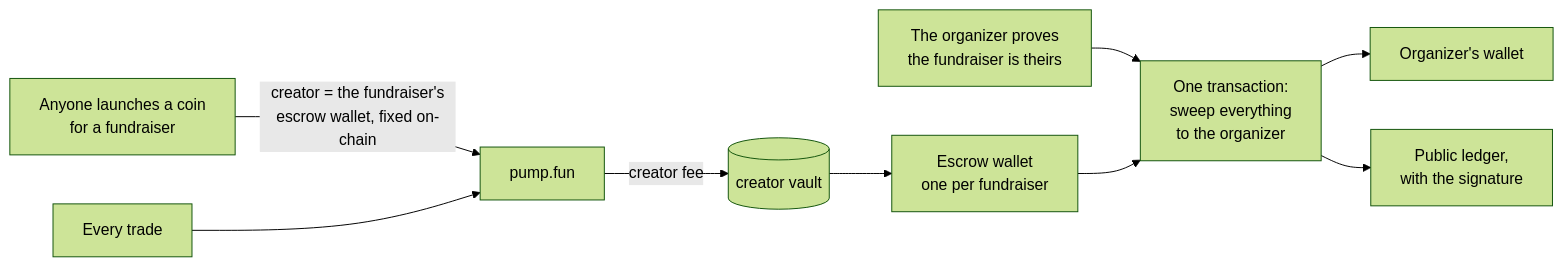
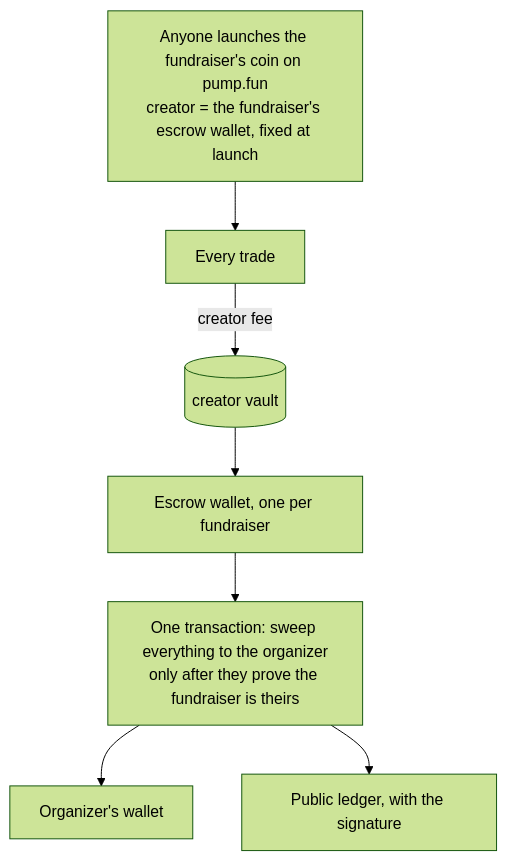
The diagram in README.md (Bruhmare/ape-for-good), drawn with Mermaid (forest theme) before and after one commit.

Commit message:
README: the money flow reads top to bottom

````diff
--- a/README.md
+++ b/README.md
@@ -23,11 +23,9 @@
 ```mermaid
-flowchart LR
-  L["Anyone launches a coin<br/>for a fundraiser"] -->|"creator = the fundraiser's<br/>escrow wallet, fixed on-chain"| P["pump.fun"]
-  T["Every trade"] --> P
-  P -->|"creator fee"| V[("creator vault")]
-  V --> E["Escrow wallet<br/>one per fundraiser"]
-  O["The organizer proves<br/>the fundraiser is theirs"] --> S["One transaction:<br/>sweep everything<br/>to the organizer"]
-  E --> S
+flowchart TB
+  L["Anyone launches the fundraiser's coin on pump.fun<br/>creator = the fundraiser's escrow wallet, fixed at launch"] --> T
+  T["Every trade"] -->|"creator fee"| V[("creator vault")]
+  V --> E["Escrow wallet, one per fundraiser"]
+  E --> S["One transaction: sweep everything to the organizer<br/>only after they prove the fundraiser is theirs"]
   S --> W["Organizer's wallet"]
-  S --> G["Public ledger,<br/>with the signature"]
+  S --> G["Public ledger, with the signature"]
 ```
````
